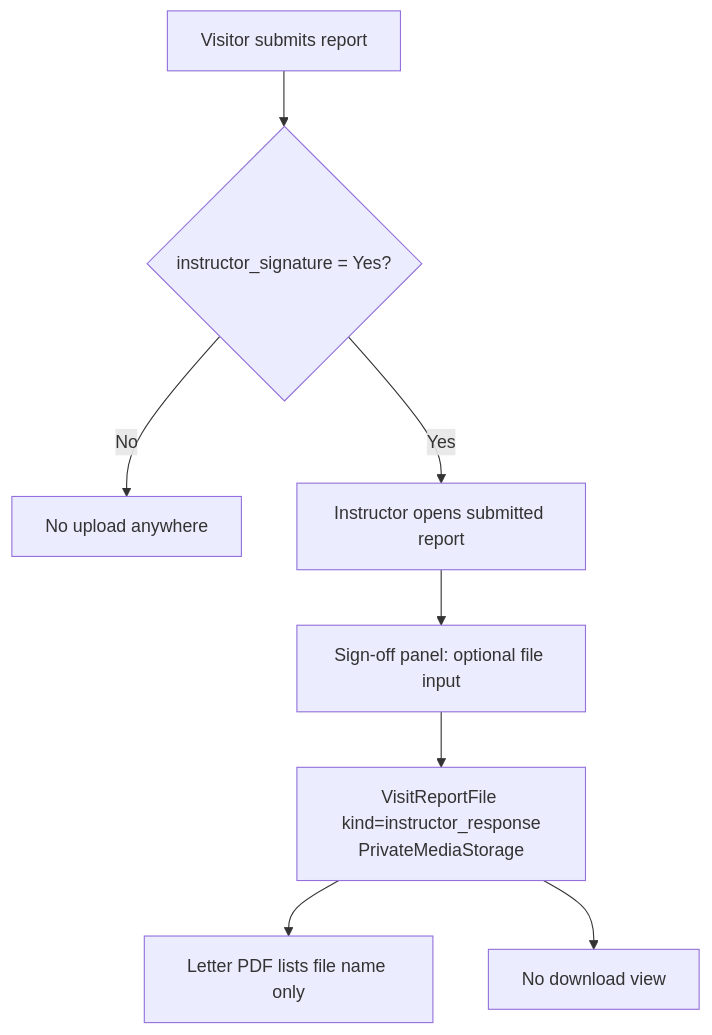
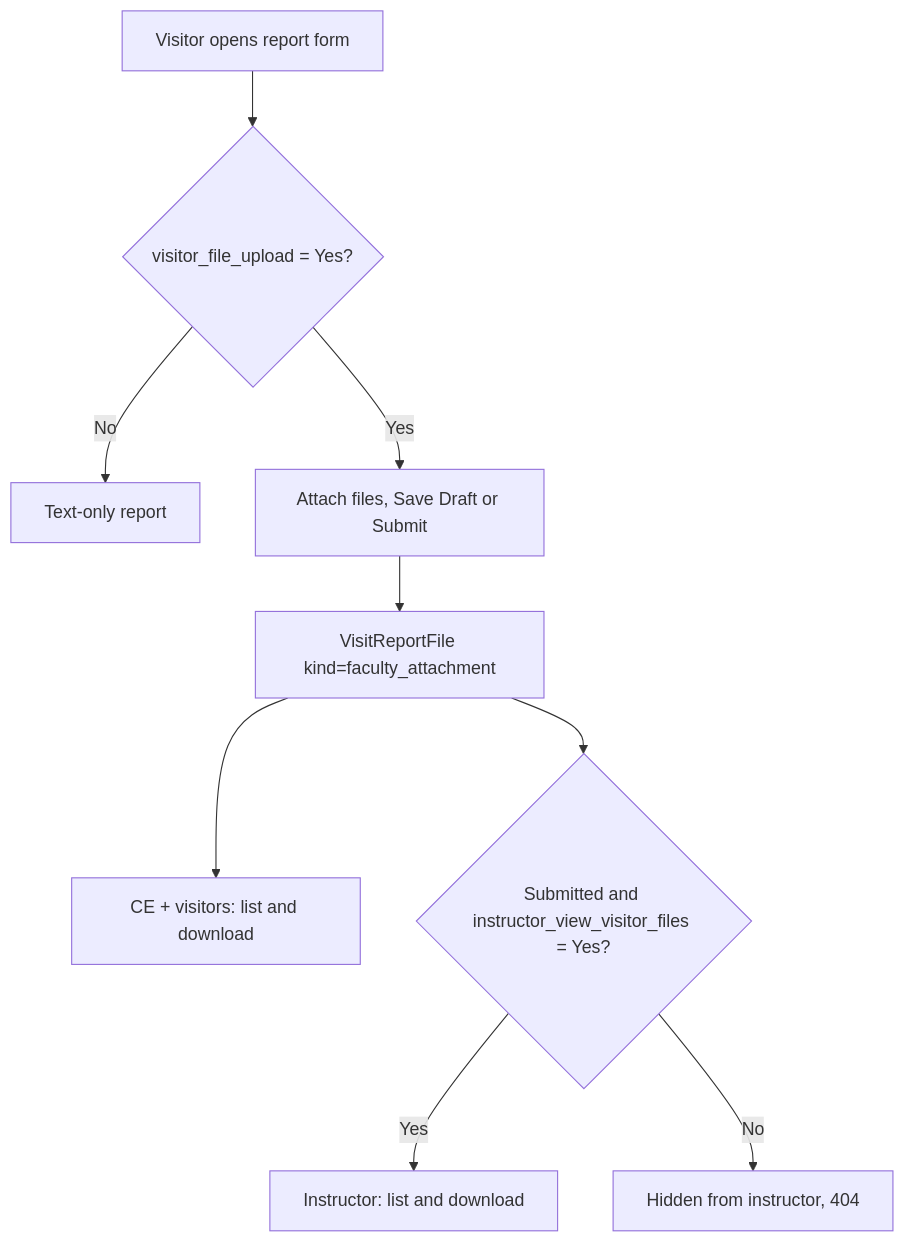
One commit to Canusia/package-class_visit changed the diagram in docs/report-attachments.md. Above: the diagram before and after it, drawn with Mermaid. The commit also changed other lines of this file and 21 other files, not shown here.

First line of the commit message:
feat(report): visitor file uploads with optional instructor access

````diff
--- a/docs/report-attachments.md
+++ b/docs/report-attachments.md
@@ -14,10 +17,11 @@
 ```mermaid
 flowchart TD
-    A[Visitor submits report] --> B{instructor_signature = Yes?}
-    B -->|No| X[No upload anywhere]
-    B -->|Yes| C[Instructor opens submitted report]
-    C --> D[Sign-off panel: optional file input]
-    D --> E[VisitReportFile kind=instructor_response<br/>PrivateMediaStorage]
-    E --> F[Letter PDF lists file name only]
-    E --> G[No download view]
+    A[Visitor opens report form] --> B{visitor_file_upload = Yes?}
+    B -->|No| T[Text-only report]
+    B -->|Yes| C[Attach files, Save Draft or Submit]
+    C --> D[VisitReportFile kind=faculty_attachment]
+    D --> E[CE + visitors: list and download]
+    D --> F{Submitted and instructor_view_visitor_files = Yes?}
+    F -->|Yes| G[Instructor: list and download]
+    F -->|No| H[Hidden from instructor, 404]
 ```
````
